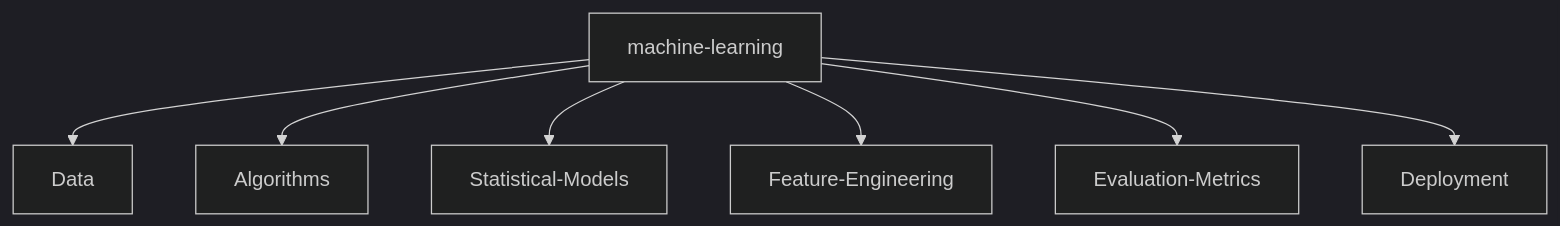
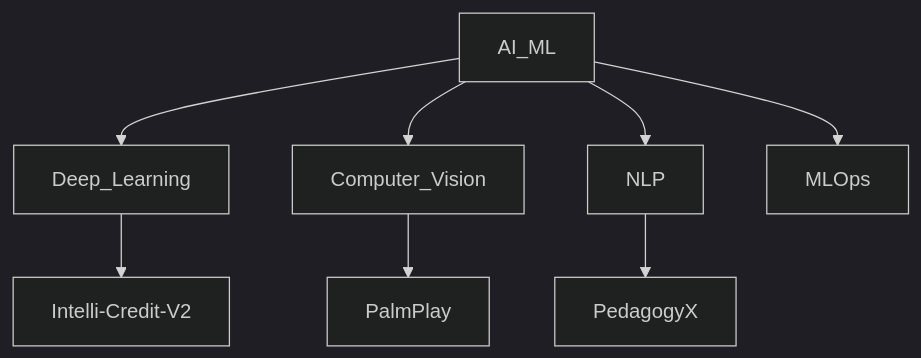
The diagram in README.md (NITISH-R-G/NITISH-R-G), drawn with Mermaid (dark theme) before and after one commit. The commit also changed other lines of this file and 1 other file, not shown here.

````diff
--- a/README.md
+++ b/README.md
@@ -154,9 +88,10 @@
 ```mermaid
 graph TD;
-    machine-learning-->Data;
-    machine-learning-->Algorithms;
-    machine-learning-->Statistical-Models;
-    machine-learning-->Feature-Engineering;
-    machine-learning-->Evaluation-Metrics;
-    machine-learning-->Deployment;
+    AI_ML-->Deep_Learning;
+    AI_ML-->Computer_Vision;
+    AI_ML-->NLP;
+    AI_ML-->MLOps;
+    Computer_Vision-->PalmPlay;
+    NLP-->PedagogyX;
+    Deep_Learning-->Intelli-Credit-V2;
 ```
````
